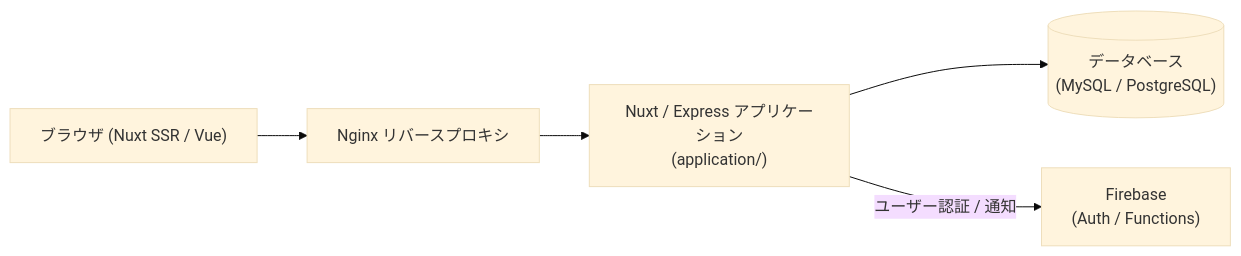
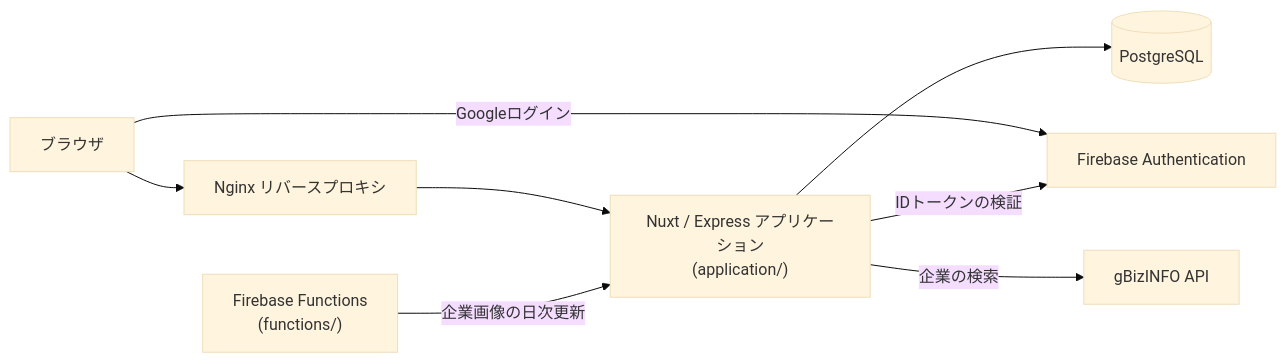
One commit to shin4488/no1-company-share changed the diagram in README.md. Above: the diagram before and after it, drawn with Mermaid (base theme). The commit also changed other lines of this file and 65 other files, not shown here.

````diff
--- a/README.md
+++ b/README.md
@@ -18,7 +15,10 @@
 ```mermaid
 flowchart LR
-    Client["ブラウザ (Nuxt SSR / Vue)"] --> Web["Nginx リバースプロキシ"]
+    Client["ブラウザ"] --> Web["Nginx リバースプロキシ"]
     Web --> App["Nuxt / Express アプリケーション<br>(application/)"]
-    App --> DB[("データベース<br>(MySQL / PostgreSQL)")]
-    App -->|"ユーザー認証 / 通知"| FB["Firebase<br>(Auth / Functions)"]
+    App --> DB[("PostgreSQL")]
+    Client -->|"Googleログイン"| Auth["Firebase Authentication"]
+    App -->|"IDトークンの検証"| Auth
+    App -->|"企業の検索"| Gbiz["gBizINFO API"]
+    Functions["Firebase Functions<br>(functions/)"] -->|"企業画像の日次更新"| App
 ```
````
